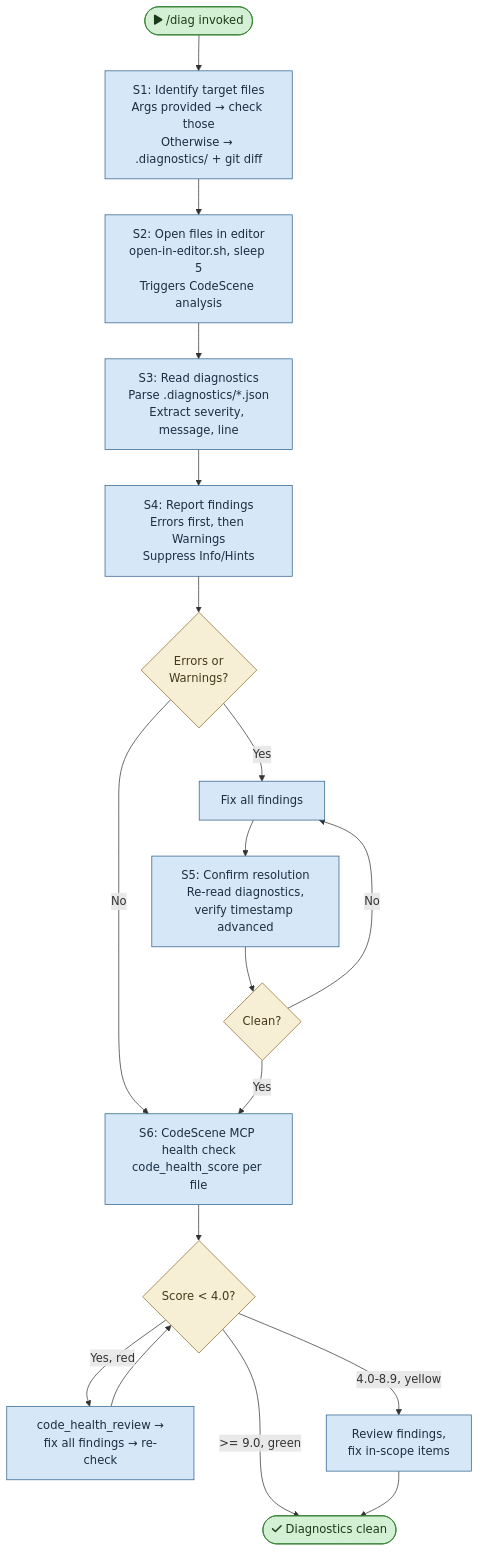
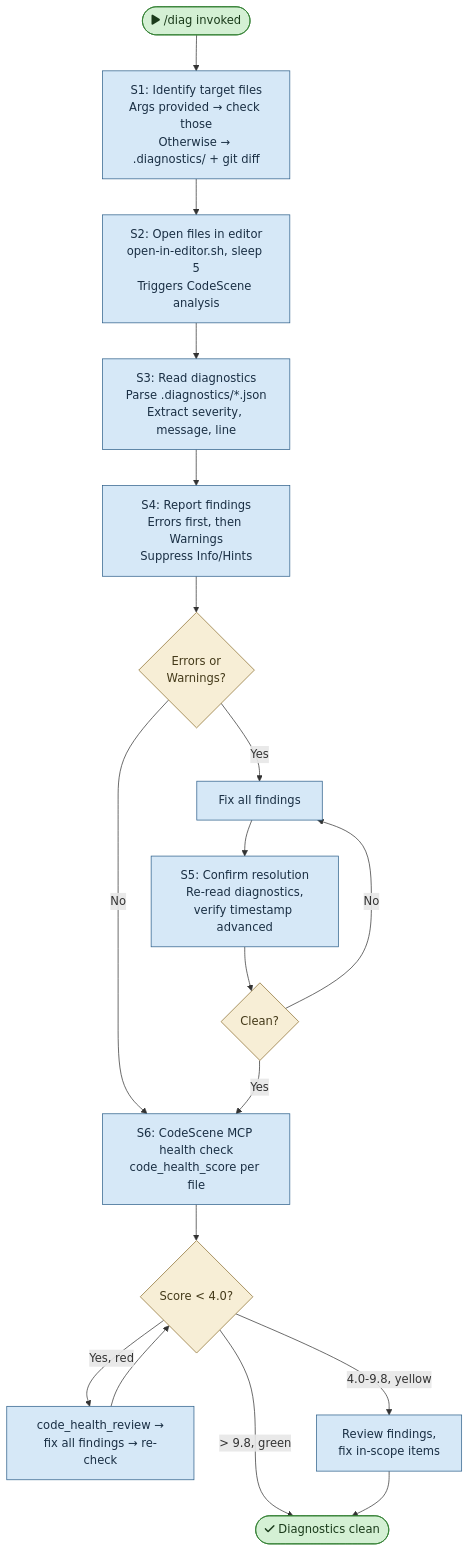
The diagram in plugins/edf/skills/diag/flowchart.md (mironyx/engineering-delivery-framework), drawn with Mermaid before and after one commit. The commit also changed 3 other files, not shown here.

````diff
--- a/plugins/edf/skills/diag/flowchart.md
+++ b/plugins/edf/skills/diag/flowchart.md
@@ -5,36 +5,36 @@
 ```mermaid
 flowchart TD
     START(["fa:fa-play /diag invoked"]) --> S1
 
     S1["S1: Identify target files<br/>Args provided → check those<br/>Otherwise → .diagnostics/ + git diff"] --> S2
 
     S2["S2: Open files in editor<br/>open-in-editor.sh, sleep 5<br/>Triggers CodeScene analysis"] --> S3
 
     S3["S3: Read diagnostics<br/>Parse .diagnostics/*.json<br/>Extract severity, message, line"] --> S4
 
     S4["S4: Report findings<br/>Errors first, then Warnings<br/>Suppress Info/Hints"] --> S4_CHK{"Errors or<br/>Warnings?"}
     S4_CHK -->|"No"| S6
     S4_CHK -->|"Yes"| S4_FIX["Fix all findings"]
 
     S4_FIX --> S5["S5: Confirm resolution<br/>Re-read diagnostics,<br/>verify timestamp advanced"]
     S5 --> S5_CHK{"Clean?"}
     S5_CHK -->|"No"| S4_FIX
     S5_CHK -->|"Yes"| S6
 
     S6["S6: CodeScene MCP health check<br/>code_health_score per file"] --> S6_CHK{"Score < 4.0?"}
     S6_CHK -->|"Yes, red"| S6_FIX["code_health_review →<br/>fix all findings → re-check"]
-    S6_CHK -->|"4.0-8.9, yellow"| S6_REVIEW["Review findings,<br/>fix in-scope items"]
-    S6_CHK -->|">= 9.0, green"| DONE
+    S6_CHK -->|"4.0-9.8, yellow"| S6_REVIEW["Review findings,<br/>fix in-scope items"]
+    S6_CHK -->|"> 9.8, green"| DONE
 
     S6_FIX --> S6_CHK
     S6_REVIEW --> DONE(["fa:fa-check Diagnostics clean"])
 
     %% ── Styles ──
     classDef startend fill:#d4f0d4,stroke:#2d7d2d,color:#1a3a1a
     classDef process fill:#d6e8f7,stroke:#2d5f8a,color:#1a2f44
     classDef decision fill:#f7eed6,stroke:#8a6d2d,color:#443a1a
 
     class START,DONE startend
     class S1,S2,S3,S4,S4_FIX,S5,S6,S6_FIX,S6_REVIEW process
     class S4_CHK,S5_CHK,S6_CHK decision
 ```
````
